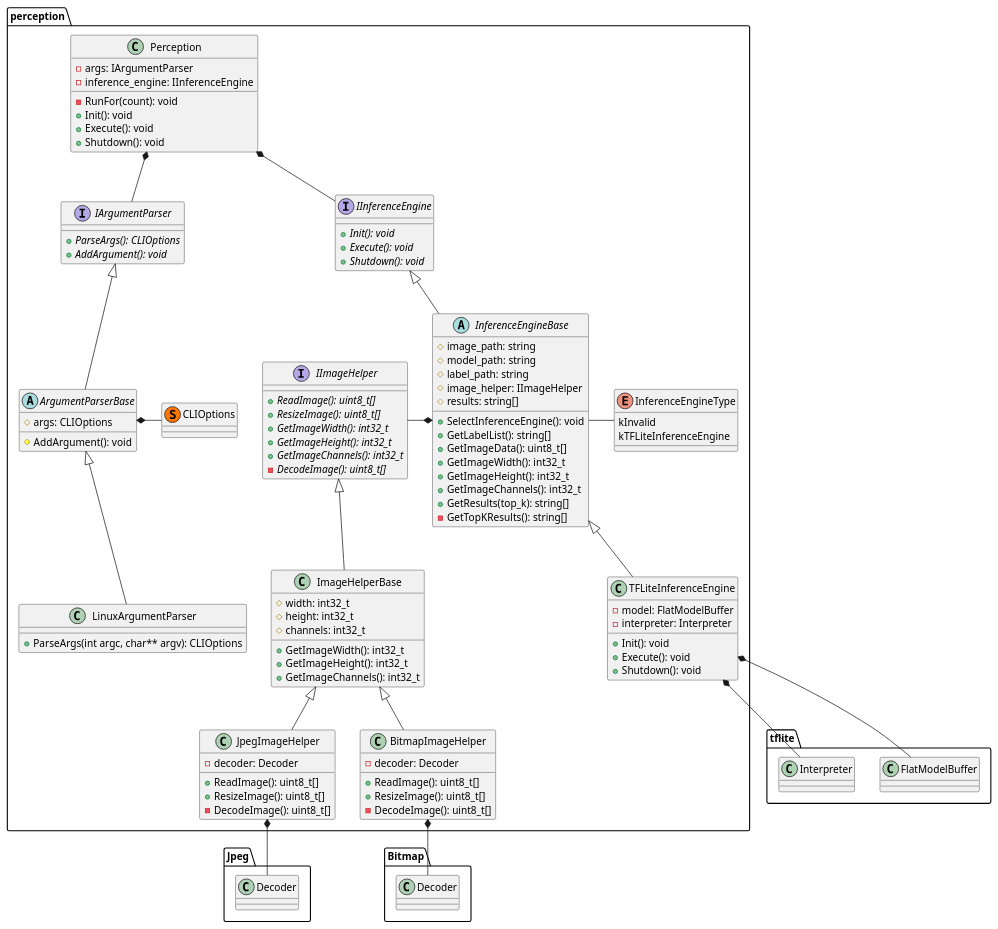
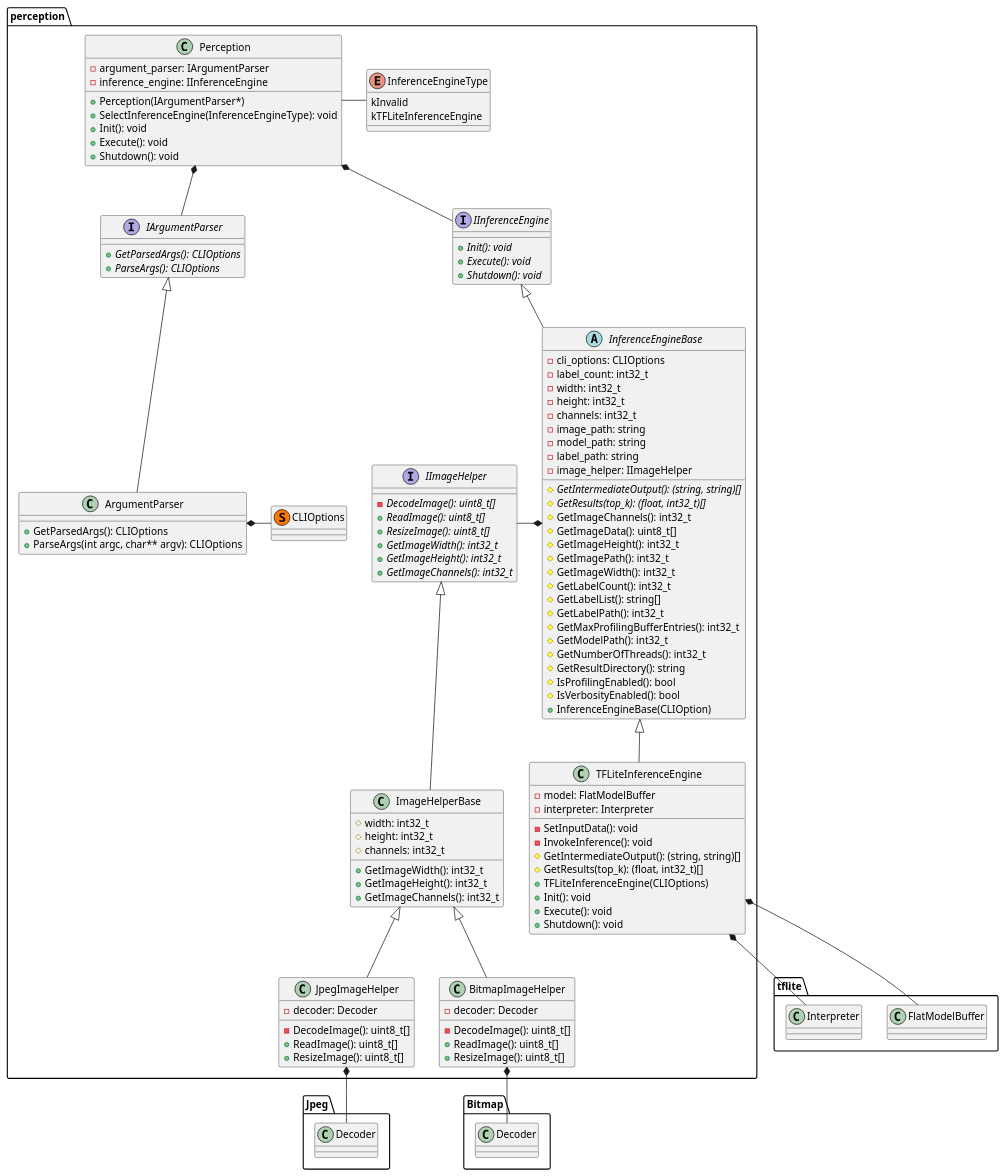
The diagram in lib/resource/arch.puml (jinay1991/tflite_models), drawn with PlantUML before and after one commit. The commit also changed 31 other files, not shown here.

First line of the commit message:
Refactored Code based on Architecture

```diff
--- a/lib/resource/arch.puml
+++ b/lib/resource/arch.puml
@@ -1,178 +1,164 @@
 @startuml
 ''' JPEG Lib Definitions '''
 namespace Jpeg {
 class Decoder {
-    
 }
 }
 
 ''' Bitmap Lib Definitions '''
 namespace Bitmap {
-class Decoder {
-    
+class Decoder { 
 }
 }
 
 ''' TFLite Definitions '''
 namespace tflite {
 class FlatModelBuffer {
 
 }
 class Interpreter {
 }
 }
 
-' ''' TF Definitions '''
-' namespace tensorflow {
-' }
-
-' ''' Torch Definitions '''
-' namespace torch {
-' }
-
 namespace perception{ 
 ''' Data Structures '''
 class CLIOptions << (S,#FF7700) >> {
 }
 
 ''' Interfaces '''
 interface IArgumentParser {
+    + {abstract} GetParsedArgs(): CLIOptions
     + {abstract} ParseArgs(): CLIOptions
-    + {abstract} AddArgument(): void
 }
 
 interface IInferenceEngine {
     + {abstract} Init(): void
     + {abstract} Execute(): void
     + {abstract} Shutdown(): void
 }
 
 interface IImageHelper {
+    - {abstract} DecodeImage(): uint8_t[]
     + {abstract} ReadImage(): uint8_t[]
     + {abstract} ResizeImage(): uint8_t[]
     + {abstract} GetImageWidth(): int32_t
     + {abstract} GetImageHeight(): int32_t
     + {abstract} GetImageChannels(): int32_t
-    - {abstract} DecodeImage(): uint8_t[]
 }
 
 ''' Interface Implementation '''
-abstract ArgumentParserBase{
-    # args: CLIOptions
-    # AddArgument(): void
-}
-
-class LinuxArgumentParser {
+class ArgumentParser {
+    + GetParsedArgs(): CLIOptions
     + ParseArgs(int argc, char** argv): CLIOptions
 }
-
-' class WindowsArgumentParser {
-'     + ParseArgs(int argc, char** argv): CLIOptions
-' }
 
 class ImageHelperBase {
     # width: int32_t
     # height: int32_t
     # channels: int32_t
     + GetImageWidth(): int32_t
     + GetImageHeight(): int32_t
     + GetImageChannels(): int32_t
 }
 
 class JpegImageHelper {
+    - DecodeImage(): uint8_t[]
+    - decoder: Decoder
     + ReadImage(): uint8_t[]
     + ResizeImage(): uint8_t[]
-    - DecodeImage(): uint8_t[]
-    - decoder: Decoder
 }
 
 class BitmapImageHelper {
+    - DecodeImage(): uint8_t[]
+    - decoder: Decoder
     + ReadImage(): uint8_t[]
     + ResizeImage(): uint8_t[]
-    - DecodeImage(): uint8_t[]
-    - decoder: Decoder
 }
 
 enum InferenceEngineType {
     kInvalid
     kTFLiteInferenceEngine
-    ' kTFInferenceEngine
-    ' kTorchInferenceEngine
 }
 
 abstract InferenceEngineBase {
-    # image_path: string
-    # model_path: string
-    # label_path: string
-    # image_helper: IImageHelper
-    # results: string[]
-    + SelectInferenceEngine(): void
-    + GetLabelList(): string[]
-    + GetImageData(): uint8_t[]
-    + GetImageWidth(): int32_t
-    + GetImageHeight(): int32_t
-    + GetImageChannels(): int32_t
-    + GetResults(top_k): string[]
-    - GetTopKResults(): string[]
+    - cli_options: CLIOptions
+    - label_count: int32_t
+    - width: int32_t
+    - height: int32_t
+    - channels: int32_t
+    - image_path: string
+    - model_path: string
+    - label_path: string
+    - image_helper: IImageHelper
+    # {abstract} GetIntermediateOutput(): (string, string)[]
+    # {abstract} GetResults(top_k): (float, int32_t)[]
+    # GetImageChannels(): int32_t
+    # GetImageData(): uint8_t[]
+    # GetImageHeight(): int32_t
+    # GetImagePath(): int32_t
+    # GetImageWidth(): int32_t
+    # GetLabelCount(): int32_t
+    # GetLabelList(): string[]
+    # GetLabelPath(): int32_t
+    # GetMaxProfilingBufferEntries(): int32_t
+    # GetModelPath(): int32_t
+    # GetNumberOfThreads(): int32_t
+    # GetResultDirectory(): string
+    # IsProfilingEnabled(): bool
+    # IsVerbosityEnabled(): bool
+    + InferenceEngineBase(CLIOption)
 }
 
 class TFLiteInferenceEngine {
     - model: FlatModelBuffer
     - interpreter: Interpreter
+    - SetInputData(): void
+    - InvokeInference(): void
+    # GetIntermediateOutput(): (string, string)[]
+    # GetResults(top_k): (float, int32_t)[]
+    + TFLiteInferenceEngine(CLIOptions)
     + Init(): void
     + Execute(): void
     + Shutdown(): void
 }
 
-' class TFInferenceEngine {
-'     + Init(): void
-'     + Shutdown(): void
-'     + Execute(): void
-' }
-
-' class TorchInferenceEngine {
-'     + Init(): void
-'     + Shutdown(): void
-'     + Execute(): void
-' }
 
 class Perception {
-    - args: IArgumentParser
+    - argument_parser: IArgumentParser
     - inference_engine: IInferenceEngine
-    - RunFor(count): void
+    + Perception(IArgumentParser*)
+    + SelectInferenceEngine(InferenceEngineType): void
     + Init(): void
     + Execute(): void
     + Shutdown(): void
 }
 
 ''' Relation '''
-IArgumentParser <|-down- ArgumentParserBase
-ArgumentParserBase *-right- CLIOptions
-ArgumentParserBase <|-down- LinuxArgumentParser
-' ArgumentParserBase <|-down- WindowsArgumentParser
+IArgumentParser <|-down- ArgumentParser
+ArgumentParser *-right- CLIOptions
 
 IImageHelper <|-down- ImageHelperBase
 ImageHelperBase <|-down- JpegImageHelper
 ImageHelperBase <|-down- BitmapImageHelper
 
 JpegImageHelper *-down- Jpeg.Decoder
 BitmapImageHelper *-down- Bitmap.Decoder 
 
 IInferenceEngine <|-down- InferenceEngineBase
 
-InferenceEngineBase -right- InferenceEngineType
 InferenceEngineBase *-left- IImageHelper
 InferenceEngineBase <|-- TFLiteInferenceEngine
 ' InferenceEngineBase <|-- TFInferenceEngine
 ' InferenceEngineBase <|-- TorchInferenceEngine
 
 ' TFInferenceEngine *-down- tensorflow
 ' TorchInferenceEngine *-down- torch
 
 TFLiteInferenceEngine *-right- tflite.FlatModelBuffer
 TFLiteInferenceEngine *-down- tflite.Interpreter
 
+Perception -right- InferenceEngineType
 Perception *-- IInferenceEngine
 Perception *-- IArgumentParser
 }
 @enduml
```
